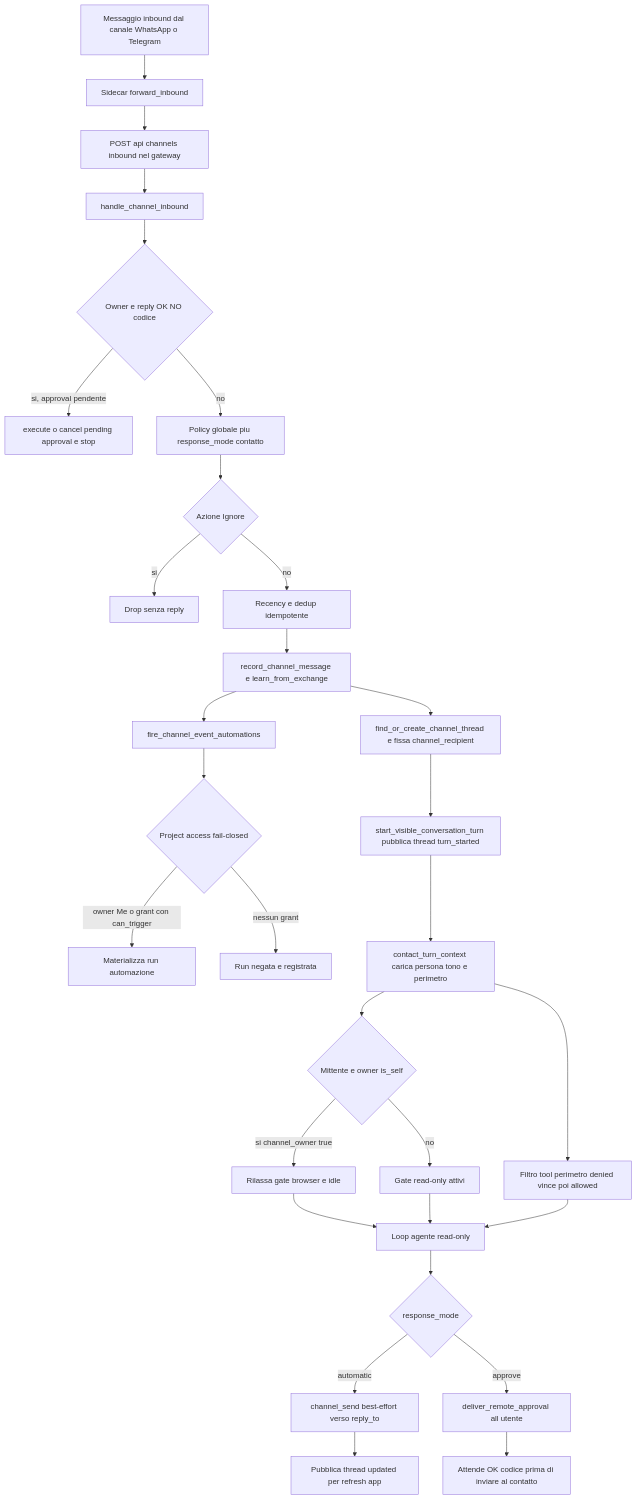
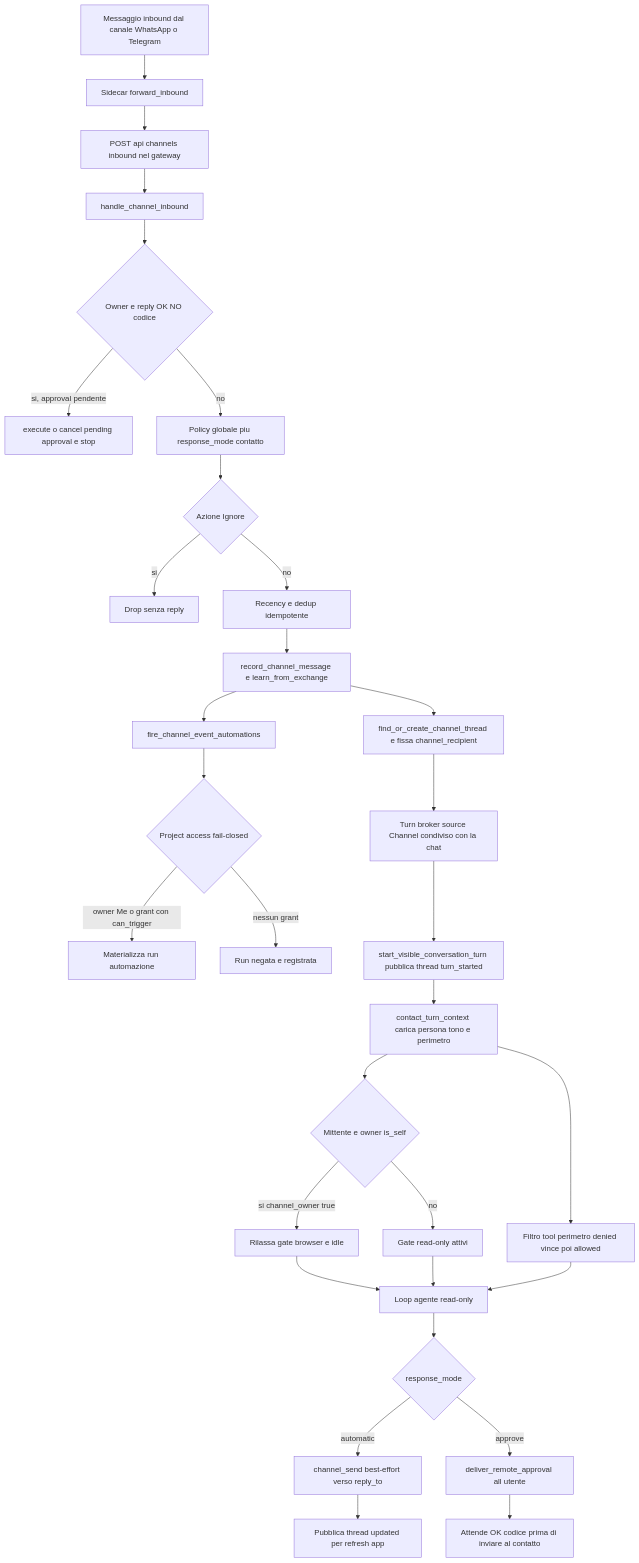
One commit to homun-app/homun-core changed the diagram in docs/architecture/contacts-channels.md. Above: the diagram before and after it, drawn with Mermaid. The commit also changed other lines of this file and 11 other files, not shown here.

First line of the commit message:
docs(architecture): verifica delle 14 mappe contro il codice (post broker/WS)

````diff
--- a/docs/architecture/contacts-channels.md
+++ b/docs/architecture/contacts-channels.md
@@ -158,37 +178,38 @@
 ```mermaid
 flowchart TD
   M[Messaggio inbound dal canale WhatsApp o Telegram] --> SC[Sidecar forward_inbound]
   SC --> IN[POST api channels inbound nel gateway]
   IN --> HCI[handle_channel_inbound]
 
   HCI --> AP{Owner e reply OK NO codice}
   AP -->|si, approval pendente| EX[execute o cancel pending approval e stop]
   AP -->|no| POL[Policy globale piu response_mode contatto]
 
   POL --> IG{Azione Ignore}
   IG -->|si| DROP[Drop senza reply]
   IG -->|no| DD[Recency e dedup idempotente]
 
   DD --> REC[record_channel_message e learn_from_exchange]
   REC --> AUTO[fire_channel_event_automations]
   AUTO --> PA{Project access fail-closed}
   PA -->|owner Me o grant con can_trigger| RUN1[Materializza run automazione]
   PA -->|nessun grant| DENY[Run negata e registrata]
 
   REC --> TH[find_or_create_channel_thread e fissa channel_recipient]
-  TH --> VT[start_visible_conversation_turn pubblica thread turn_started]
+  TH --> BRK[Turn broker source Channel condiviso con la chat]
+  BRK --> VT[start_visible_conversation_turn pubblica thread turn_started]
   VT --> CTX[contact_turn_context carica persona tono e perimetro]
   CTX --> OWN{Mittente e owner is_self}
   OWN -->|si channel_owner true| RELAX[Rilassa gate browser e idle]
   OWN -->|no| GATE[Gate read-only attivi]
   RELAX --> LOOP[Loop agente read-only]
   GATE --> LOOP
   CTX --> FILT[Filtro tool perimetro denied vince poi allowed]
   FILT --> LOOP
 
   LOOP --> MODE{response_mode}
   MODE -->|automatic| SEND[channel_send best-effort verso reply_to]
   MODE -->|approve| RA[deliver_remote_approval all utente]
   RA --> WAIT[Attende OK codice prima di inviare al contatto]
   SEND --> UPD[Pubblica thread updated per refresh app]
 ```
````
